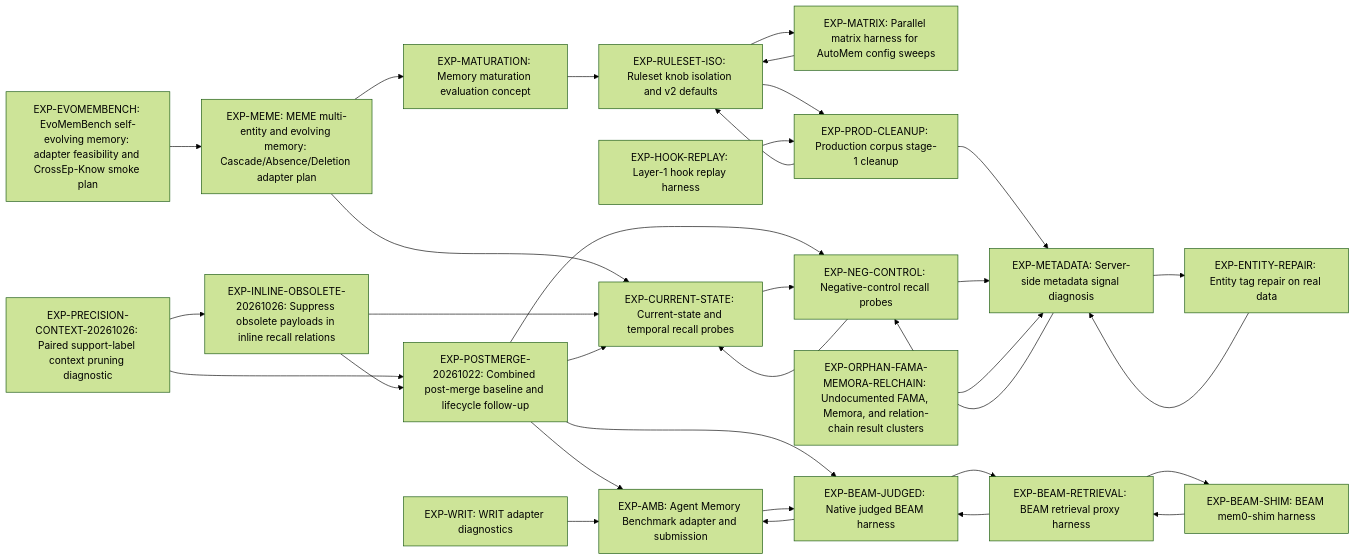
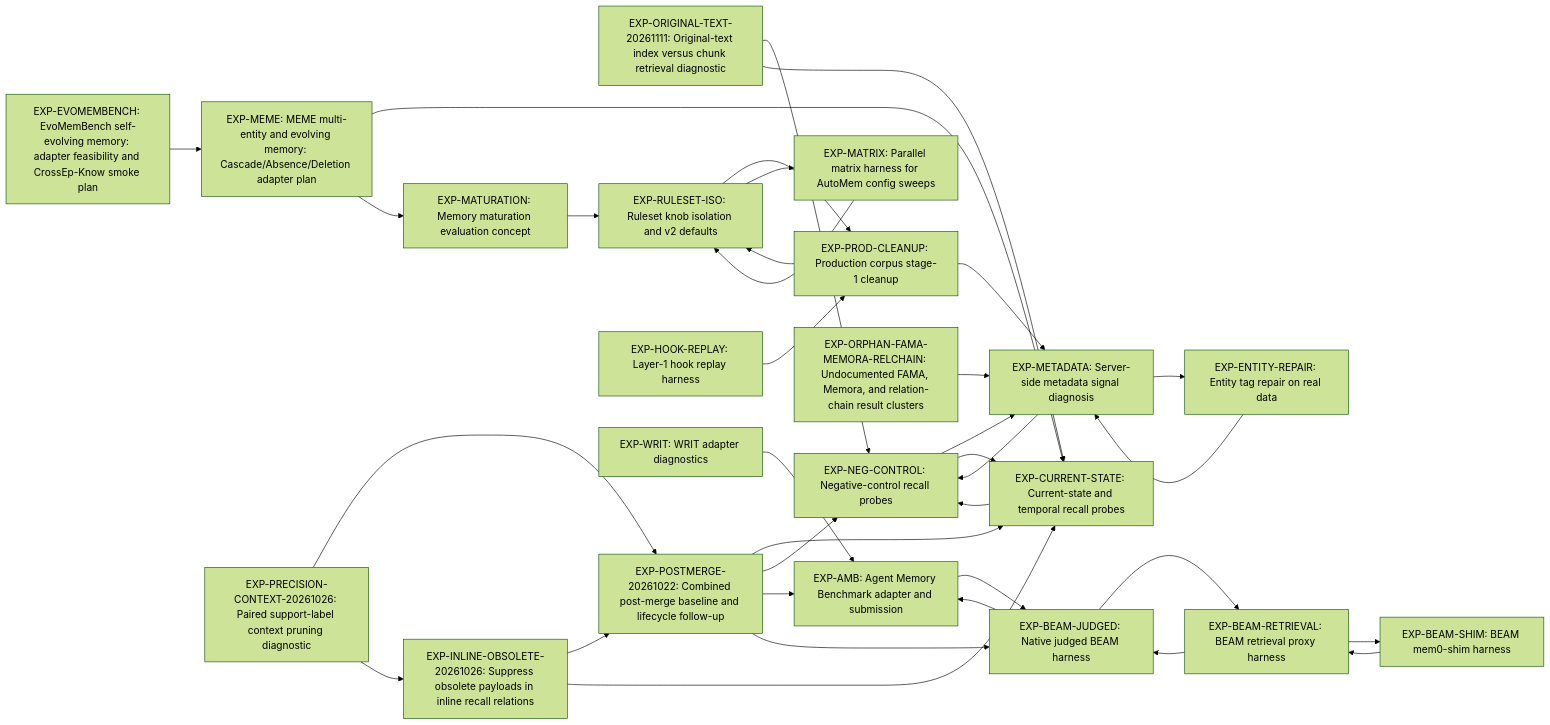
One commit to verygoodplugins/automem-evals changed the diagram in docs/experiments/STATUS.md. Above: the diagram before and after it, drawn with Mermaid (forest theme). The commit also changed other lines of this file and 5 other files, not shown here.

Commit message:
docs(eval): register original text experiment

````diff
--- a/docs/experiments/STATUS.md
+++ b/docs/experiments/STATUS.md
@@ -35,55 +36,58 @@
 ```mermaid
 flowchart LR
+  EXP_ORIGINAL_TEXT_20261111["EXP-ORIGINAL-TEXT-20261111: Original-text index versus chunk retrieval diagnostic"]
   EXP_EVOMEMBENCH["EXP-EVOMEMBENCH: EvoMemBench self-evolving memory: adapter feasibility and CrossEp-Know smoke plan"]
   EXP_MEME["EXP-MEME: MEME multi-entity and evolving memory: Cascade/Absence/Deletion adapter plan"]
   EXP_PRECISION_CONTEXT_20261026["EXP-PRECISION-CONTEXT-20261026: Paired support-label context pruning diagnostic"]
   EXP_INLINE_OBSOLETE_20261026["EXP-INLINE-OBSOLETE-20261026: Suppress obsolete payloads in inline recall relations"]
   EXP_POSTMERGE_20261022["EXP-POSTMERGE-20261022: Combined post-merge baseline and lifecycle follow-up"]
   EXP_AMB["EXP-AMB: Agent Memory Benchmark adapter and submission"]
   EXP_MATRIX["EXP-MATRIX: Parallel matrix harness for AutoMem config sweeps"]
   EXP_BEAM_JUDGED["EXP-BEAM-JUDGED: Native judged BEAM harness"]
   EXP_BEAM_RETRIEVAL["EXP-BEAM-RETRIEVAL: BEAM retrieval proxy harness"]
   EXP_BEAM_SHIM["EXP-BEAM-SHIM: BEAM mem0-shim harness"]
   EXP_RULESET_ISO["EXP-RULESET-ISO: Ruleset knob isolation and v2 defaults"]
   EXP_PROD_CLEANUP["EXP-PROD-CLEANUP: Production corpus stage-1 cleanup"]
   EXP_HOOK_REPLAY["EXP-HOOK-REPLAY: Layer-1 hook replay harness"]
   EXP_CURRENT_STATE["EXP-CURRENT-STATE: Current-state and temporal recall probes"]
   EXP_ENTITY_REPAIR["EXP-ENTITY-REPAIR: Entity tag repair on real data"]
   EXP_METADATA["EXP-METADATA: Server-side metadata signal diagnosis"]
   EXP_NEG_CONTROL["EXP-NEG-CONTROL: Negative-control recall probes"]
   EXP_WRIT["EXP-WRIT: WRIT adapter diagnostics"]
   EXP_MATURATION["EXP-MATURATION: Memory maturation evaluation concept"]
   EXP_ORPHAN_FAMA_MEMORA_RELCHAIN["EXP-ORPHAN-FAMA-MEMORA-RELCHAIN: Undocumented FAMA, Memora, and relation-chain result clusters"]
+  EXP_ORIGINAL_TEXT_20261111 --> EXP_NEG_CONTROL
+  EXP_ORIGINAL_TEXT_20261111 --> EXP_CURRENT_STATE
   EXP_EVOMEMBENCH --> EXP_MEME
   EXP_MEME --> EXP_CURRENT_STATE
   EXP_MEME --> EXP_MATURATION
   EXP_PRECISION_CONTEXT_20261026 --> EXP_POSTMERGE_20261022
   EXP_PRECISION_CONTEXT_20261026 --> EXP_INLINE_OBSOLETE_20261026
   EXP_INLINE_OBSOLETE_20261026 --> EXP_POSTMERGE_20261022
   EXP_INLINE_OBSOLETE_20261026 --> EXP_CURRENT_STATE
   EXP_POSTMERGE_20261022 --> EXP_CURRENT_STATE
   EXP_POSTMERGE_20261022 --> EXP_NEG_CONTROL
   EXP_POSTMERGE_20261022 --> EXP_AMB
   EXP_POSTMERGE_20261022 --> EXP_BEAM_JUDGED
   EXP_AMB --> EXP_BEAM_JUDGED
   EXP_MATRIX --> EXP_RULESET_ISO
   EXP_BEAM_JUDGED --> EXP_BEAM_RETRIEVAL
   EXP_BEAM_JUDGED --> EXP_AMB
   EXP_BEAM_RETRIEVAL --> EXP_BEAM_SHIM
   EXP_BEAM_RETRIEVAL --> EXP_BEAM_JUDGED
   EXP_BEAM_SHIM --> EXP_BEAM_RETRIEVAL
   EXP_RULESET_ISO --> EXP_PROD_CLEANUP
   EXP_RULESET_ISO --> EXP_MATRIX
   EXP_PROD_CLEANUP --> EXP_RULESET_ISO
   EXP_PROD_CLEANUP --> EXP_METADATA
   EXP_HOOK_REPLAY --> EXP_PROD_CLEANUP
   EXP_CURRENT_STATE --> EXP_NEG_CONTROL
   EXP_ENTITY_REPAIR --> EXP_METADATA
   EXP_METADATA --> EXP_ENTITY_REPAIR
   EXP_METADATA --> EXP_NEG_CONTROL
   EXP_NEG_CONTROL --> EXP_METADATA
   EXP_NEG_CONTROL --> EXP_CURRENT_STATE
   EXP_WRIT --> EXP_AMB
   EXP_MATURATION --> EXP_RULESET_ISO
   EXP_ORPHAN_FAMA_MEMORA_RELCHAIN --> EXP_METADATA
 ```
````
